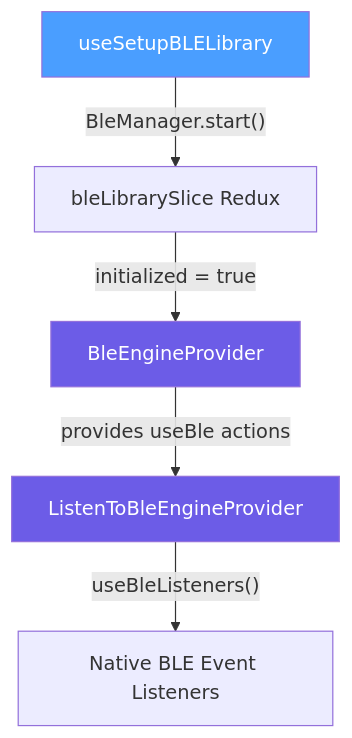
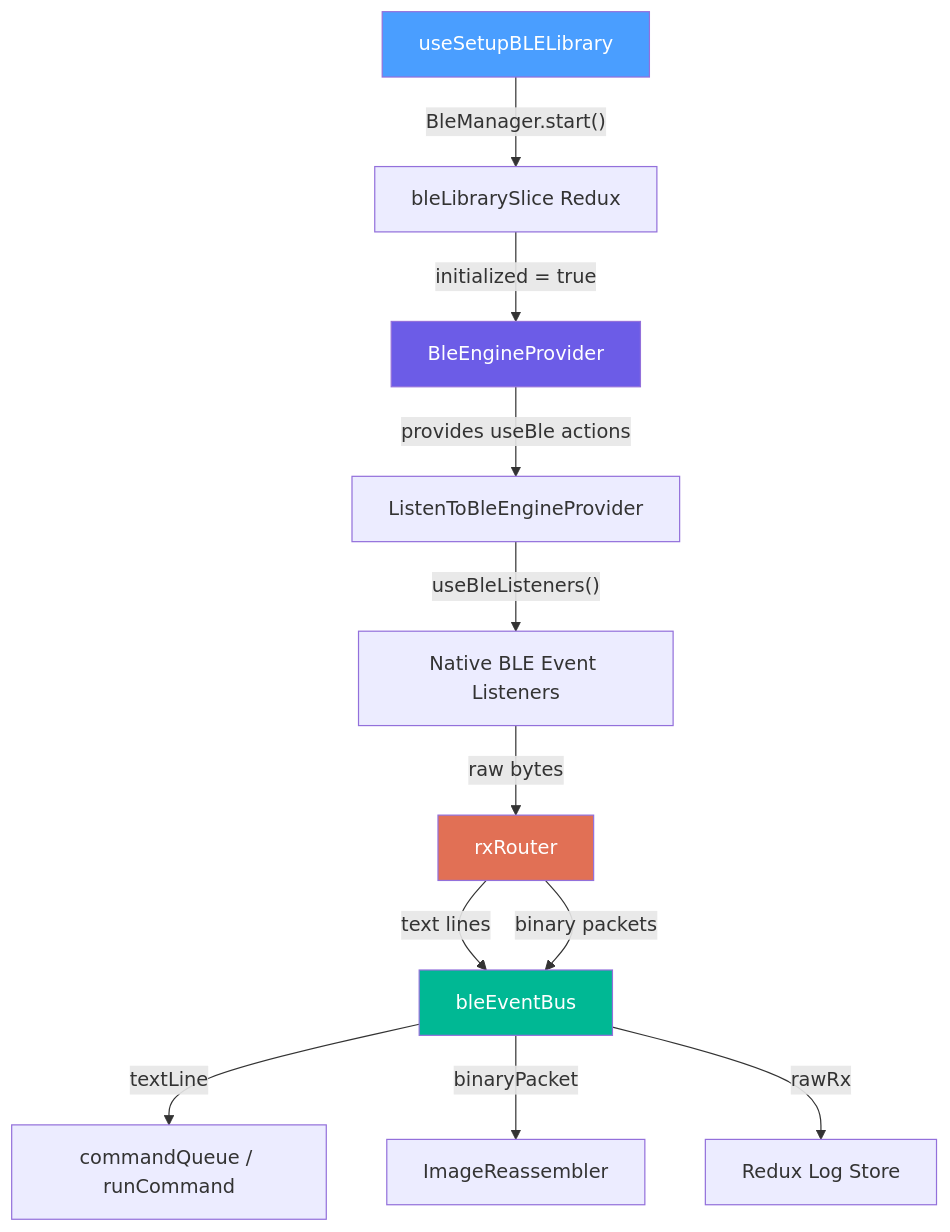
The first of 5 diagrams in documentation/resources/BLE_Architecture.md (wildlifeai/ww-mobile-app), drawn with Mermaid before and after one commit. The commit also changed other lines of this file and 62 other files, not shown here.

First line of the commit message:
feat(ble): stabilize rx routing and update flows

````diff
--- a/documentation/resources/BLE_Architecture.md
+++ b/documentation/resources/BLE_Architecture.md
@@ -15,11 +35,18 @@
 ```mermaid
 graph TB
     A[useSetupBLELibrary] -->|"BleManager.start()"| B[bleLibrarySlice Redux]
     B -->|"initialized = true"| C[BleEngineProvider]
     C -->|"provides useBle actions"| D[ListenToBleEngineProvider]
     D -->|"useBleListeners()"| E[Native BLE Event Listeners]
+    E -->|"raw bytes"| F[rxRouter]
+    F -->|"text lines"| G[bleEventBus]
+    F -->|"binary packets"| G
+    G -->|"textLine"| H[commandQueue / runCommand]
+    G -->|"binaryPacket"| I[ImageReassembler]
+    G -->|"rawRx"| J[Redux Log Store]
 
     style A fill:#4a9eff,color:#fff
     style C fill:#6c5ce7,color:#fff
-    style D fill:#6c5ce7,color:#fff
+    style F fill:#e17055,color:#fff
+    style G fill:#00b894,color:#fff
 ```
````
